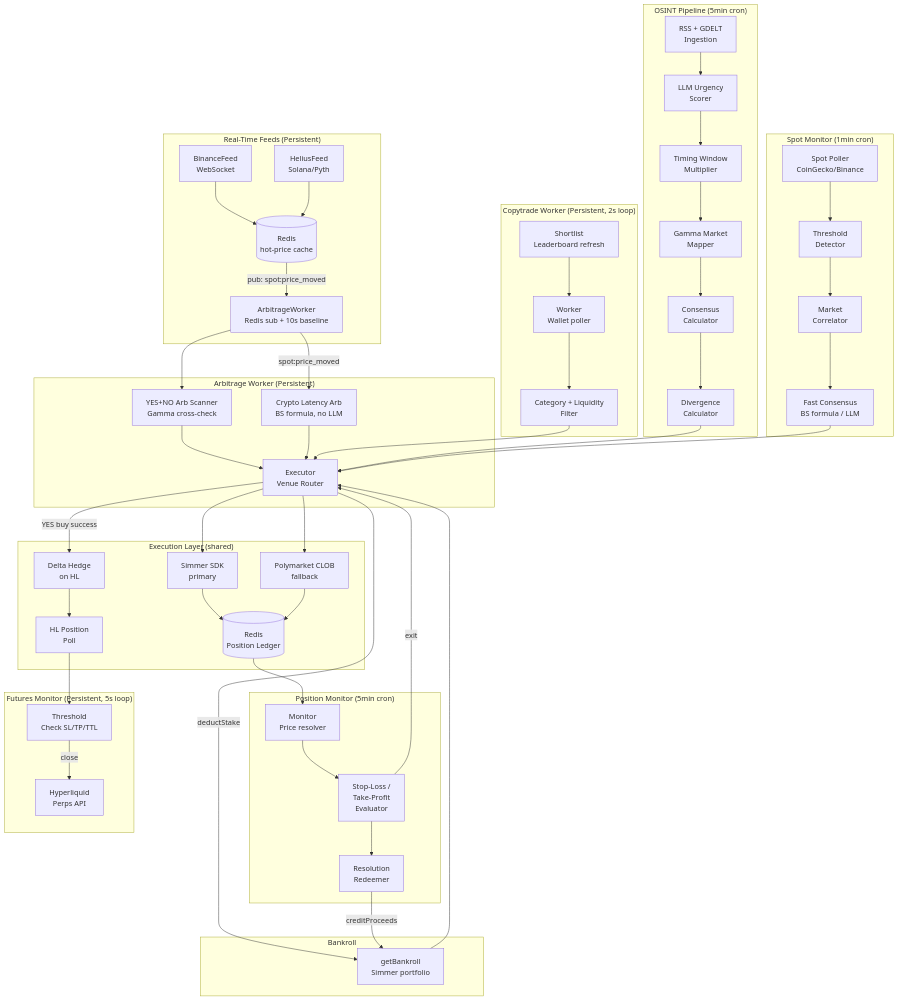
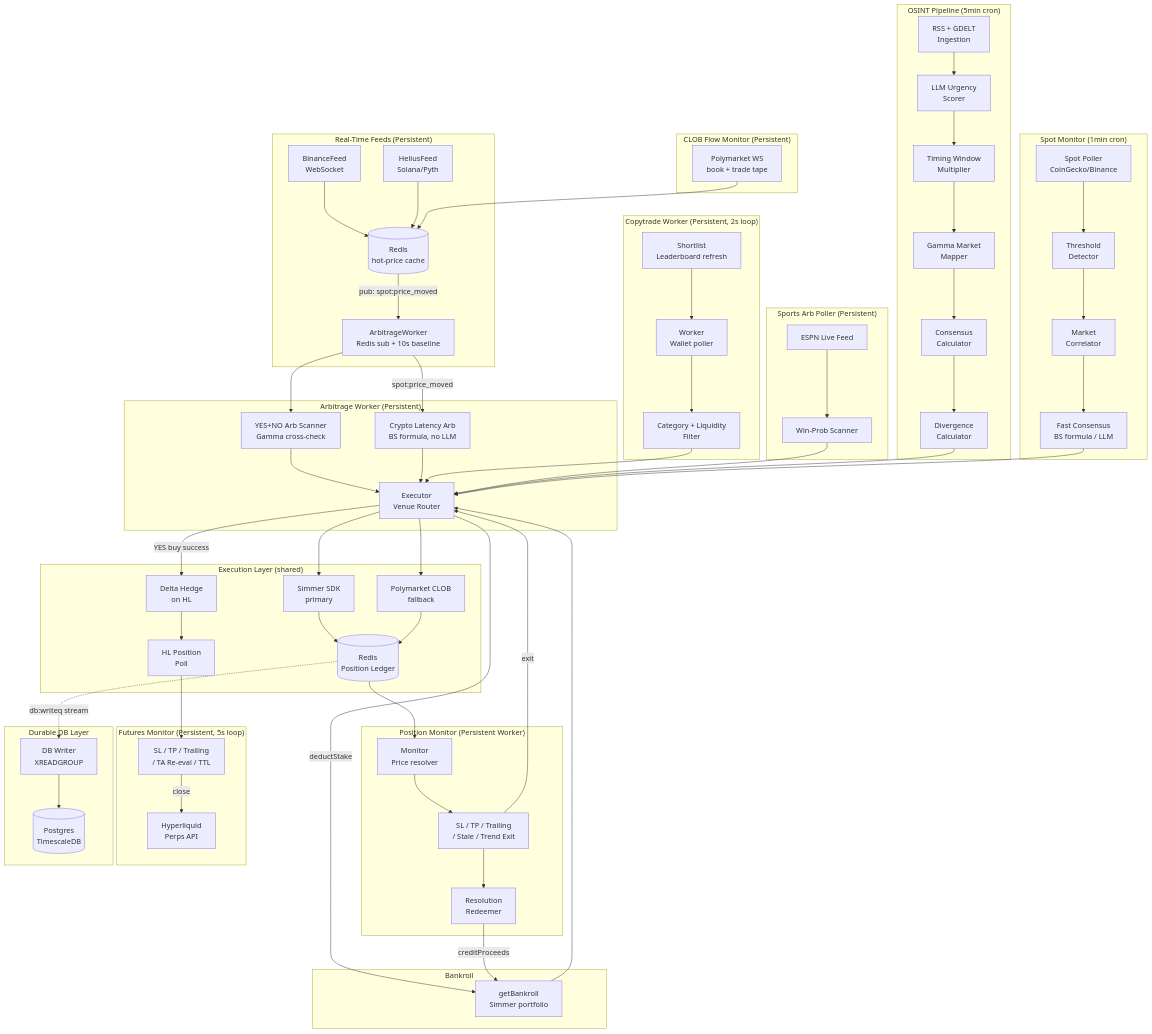
The diagram in README.md (romeo-folie/polyhype-bot), drawn with Mermaid before and after one commit. The commit also changed other lines of this file, not shown here.

First line of the commit message:
docs: rewrite README to reflect current Docker Compose architecture

````diff
--- a/README.md
+++ b/README.md
@@ -11,64 +11,78 @@
 ```mermaid
 graph TD
     subgraph "Real-Time Feeds (Persistent)"
         BF[BinanceFeed\nWebSocket] --> RC[(Redis\nhot-price cache)]
         HF[HeliusFeed\nSolana/Pyth] --> RC
         RC -->|pub: spot:price_moved| AW
     end
 
     subgraph "Arbitrage Worker (Persistent)"
         AW[ArbitrageWorker\nRedis sub + 10s baseline] --> AS[YES+NO Arb Scanner\nGamma cross-check]
         AS --> EXEC
         AW -->|spot:price_moved| CA[Crypto Latency Arb\nBS formula, no LLM]
         CA --> EXEC
     end
 
     subgraph "Copytrade Worker (Persistent, 2s loop)"
         SL[Shortlist\nLeaderboard refresh] --> CW[Worker\nWallet poller]
         CW --> CF[Category + Liquidity\nFilter]
         CF --> EXEC
     end
 
+    subgraph "Sports Arb Poller (Persistent)"
+        ESPN[ESPN Live Feed] --> SP_SCAN[Win-Prob Scanner]
+        SP_SCAN --> EXEC
+    end
+
+    subgraph "CLOB Flow Monitor (Persistent)"
+        CLF[Polymarket WS\nbook + trade tape] --> RC
+    end
+
     subgraph "OSINT Pipeline (5min cron)"
         RSS[RSS + GDELT\nIngestion] --> US[LLM Urgency\nScorer]
         US --> TW[Timing Window\nMultiplier]
         TW --> MM[Gamma Market\nMapper]
         MM --> CC[Consensus\nCalculator]
         CC --> DC[Divergence\nCalculator]
         DC --> EXEC
     end
 
     subgraph "Spot Monitor (1min cron)"
-        SP[Spot Poller\nCoinGecko/Binance] --> TD[Threshold\nDetector]
+        SPM[Spot Poller\nCoinGecko/Binance] --> TD[Threshold\nDetector]
         TD --> MC[Market\nCorrelator]
         MC --> FC[Fast Consensus\nBS formula / LLM]
         FC --> EXEC
     end
 
     subgraph "Execution Layer (shared)"
         EXEC[Executor\nVenue Router] --> SIM[Simmer SDK\nprimary]
         EXEC --> CLOB[Polymarket CLOB\nfallback]
         EXEC -->|YES buy success| DH[Delta Hedge\non HL]
         DH --> FM
         SIM --> PL[(Redis\nPosition Ledger)]
         CLOB --> PL
     end
 
-    subgraph "Position Monitor (5min cron)"
+    subgraph "Position Monitor (Persistent Worker)"
         PL --> PM[Monitor\nPrice resolver]
-        PM --> SL_TP[Stop-Loss /\nTake-Profit\nEvaluator]
+        PM --> SL_TP[SL / TP / Trailing\n/ Stale / Trend Exit]
         SL_TP -->|exit| EXEC
         SL_TP --> RR[Resolution\nRedeemer]
     end
 
     subgraph "Futures Monitor (Persistent, 5s loop)"
-        FM[HL Position\nPoll] --> FT[Threshold\nCheck SL/TP/TTL]
+        FM[HL Position\nPoll] --> FT[SL / TP / Trailing\n/ TA Re-eval / TTL]
         FT -->|close| HL[Hyperliquid\nPerps API]
+    end
+
+    subgraph "Durable DB Layer"
+        PL -.->|db:writeq stream| DBW[DB Writer\nXREADGROUP]
+        DBW --> PG[(Postgres\nTimescaleDB)]
     end
 
     subgraph "Bankroll"
         BK[getBankroll\nSimmer portfolio] --> EXEC
         EXEC -->|deductStake| BK
         RR -->|creditProceeds| BK
     end
 ```
````
